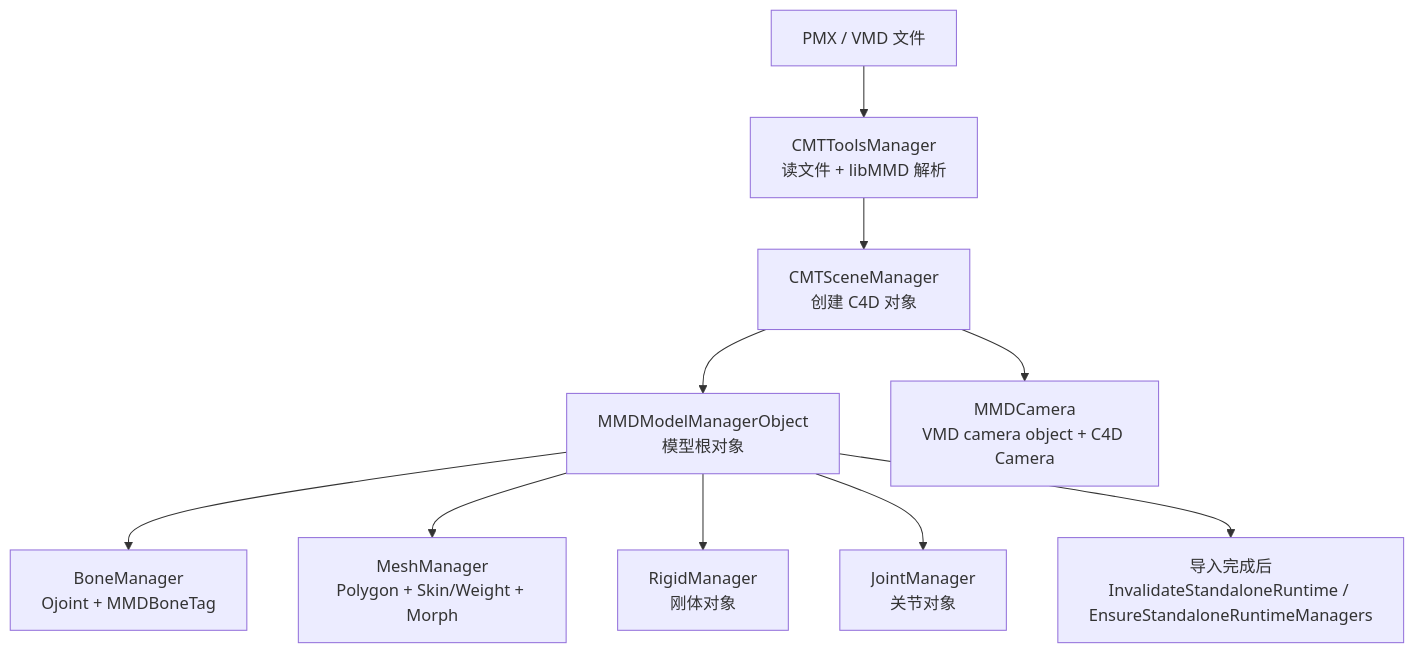
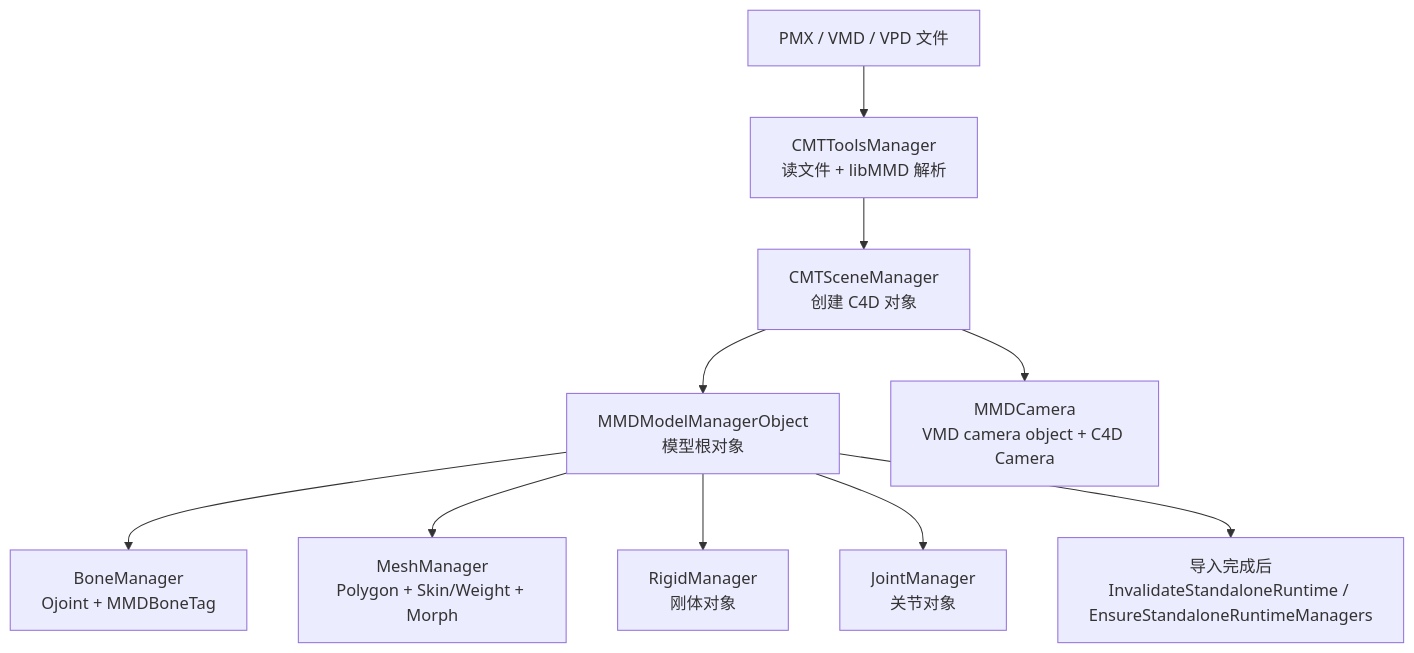
The first of 5 diagrams in docs/dev/import-flow.md (AiMiDi/C4D_MMD_Tool), drawn with Mermaid before and after one commit. The commit also changed other lines of this file and 48 other files, not shown here.

````diff
--- a/docs/dev/import-flow.md
+++ b/docs/dev/import-flow.md
@@ -24,14 +24,14 @@
 ```mermaid
 flowchart TD
-    A["PMX / VMD 文件"] --> B["CMTToolsManager<br/>读文件 + libMMD 解析"]
+    A["PMX / VMD / VPD 文件"] --> B["CMTToolsManager<br/>读文件 + libMMD 解析"]
     B --> C["CMTSceneManager<br/>创建 C4D 对象"]
 
     C --> D["MMDModelManagerObject<br/>模型根对象"]
     D --> E["BoneManager<br/>Ojoint + MMDBoneTag"]
     D --> F["MeshManager<br/>Polygon + Skin/Weight + Morph"]
     D --> G["RigidManager<br/>刚体对象"]
     D --> H["JointManager<br/>关节对象"]
 
     C --> I["MMDCamera<br/>VMD camera object + C4D Camera"]
     D --> J["导入完成后<br/>InvalidateStandaloneRuntime / EnsureStandaloneRuntimeManagers"]
 ```
````
